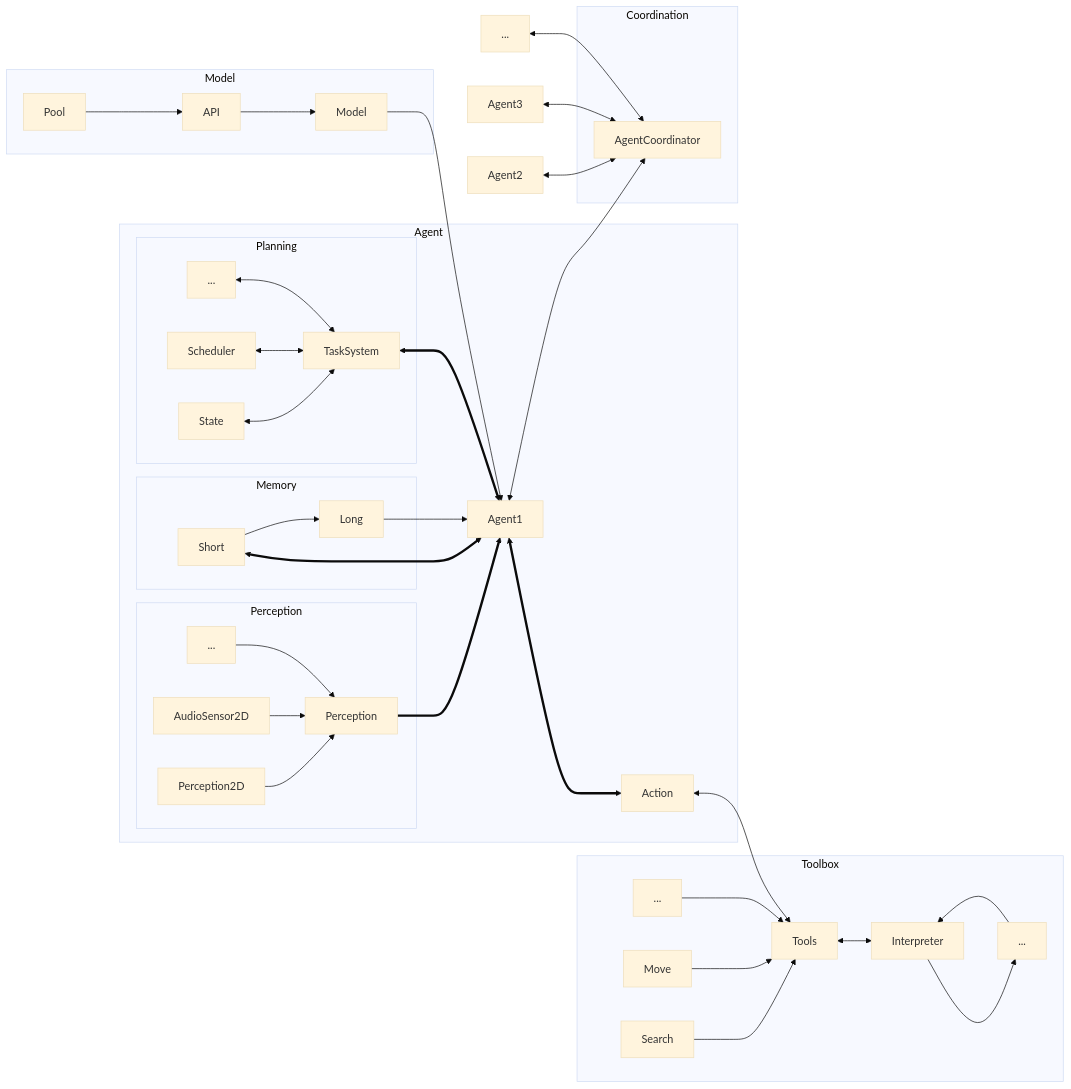
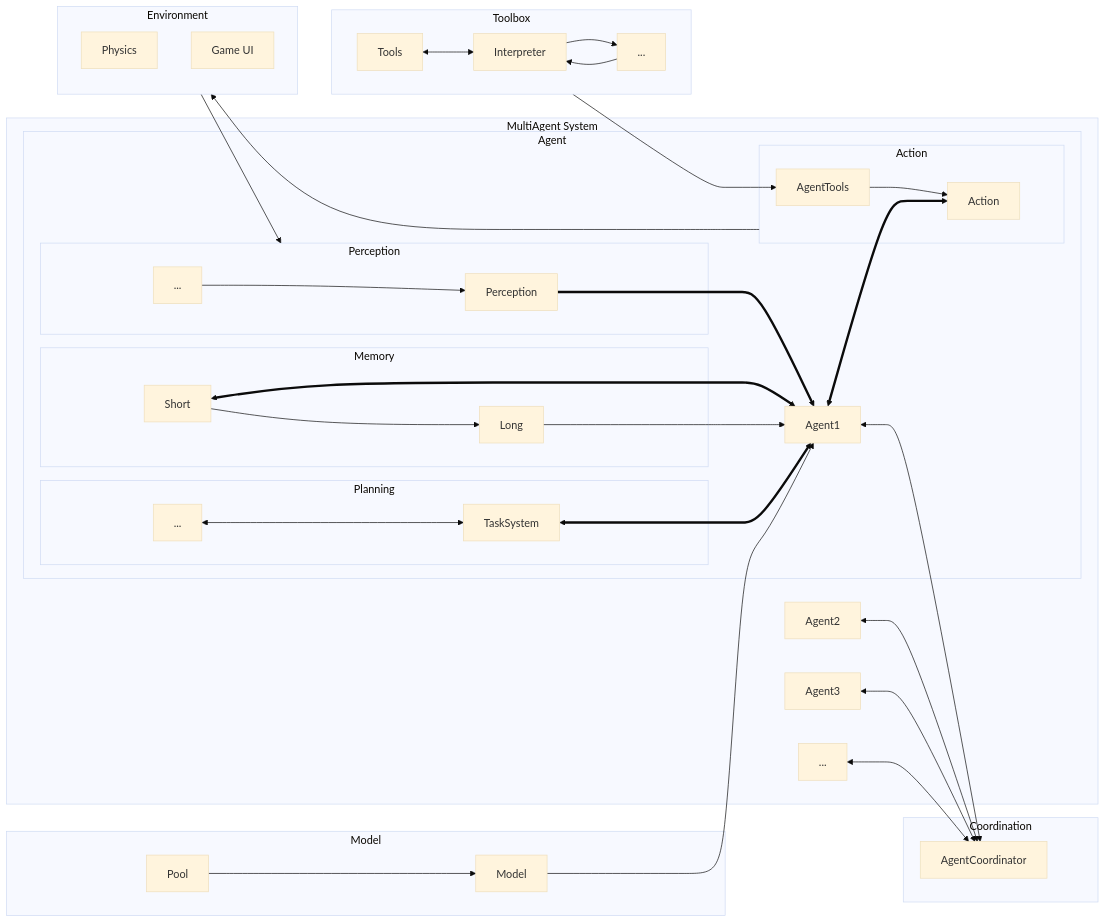
The diagram in README.md (SleeeepyZhou/AIdot), drawn with Mermaid (base theme) before and after one commit. The commit also changed other lines of this file and 1 other file, not shown here.

Commit message:
Framework planning

````diff
--- a/README.md
+++ b/README.md
@@ -24,55 +24,56 @@
 ```mermaid
 flowchart LR
-	subgraph Model
+    subgraph Coordination
+		C[AgentCoordinator]
+	end
+    subgraph MultiAgent System
+        subgraph Agent
+            A[Agent1]
+            subgraph Action
+                T[Action]
+                AgentTools --> T
+            end
+            subgraph Perception
+                P[Perception]
+                P3[...] --> P
+            end
+            subgraph Memory
+                M1[Short] --> M2[Long]
+            end
+            subgraph Planning
+                S[TaskSystem]
+                S3[...] <--> S
+            end
+            A <==> T
+            P ==> A
+            M1 <==> A
+            M2 --> A
+            S <==> A
+        end
+        A <--> C
+        A1[Agent2] <--> C
+        A2[Agent3] <--> C
+        A3[...] <--> C
+    end
+    subgraph Model
 		M[Model]
-		L1[API] --> M
-		L2[Pool] --> L1
+		Pool --> M
 	end
-	subgraph Toolbox
-		T0[Tools]
-		T1[Search]
-		T2[Move]
-		T3[...]
-		T1 --> T0
-		T2 --> T0
-		T3 --> T0
+	M --> A
+    subgraph Toolbox
+        direction LR
+		T0[Tools] --> AgentTools
+		t[Interpreter]
 		T4[...] --> t
-	end
-	subgraph Agent
-		A[Agent1]
-		T[Action]
-		t[Interpreter]
-		T <--> T0
 		T0 <--> t
 		t --> T4
-		subgraph Perception
-			P[Perception]
-			P1[Perception2D] --> P
-			P2[AudioSensor2D] --> P
-			P3[...] --> P
-		end
-		subgraph Memory
-			M1[Short] --> M2[Long]
-		end
-		subgraph Planning
-			S[TaskSystem]
-			S1[State] <--> S
-			S2[Scheduler] <--> S
-			S3[...] <--> S
-		end
-		A <==> T
-		P ==> A
-		M1 <==> A
-		M2 --> A
-		S <==> A
 	end
-
-	subgraph Coordination
-		C[AgentCoordinator]
-	end
-	M --> A
-	A <--> C
-	A1[Agent2] <--> C
-	A2[Agent3] <--> C
-	A3[...] <--> C
+    subgraph ENV[Environment]
+        direction TB
+        PHYS[Physics]
+        UI[Game UI]
+    end
+    ENV --> Perception
+    Action --> ENV
+	
 ```
````
